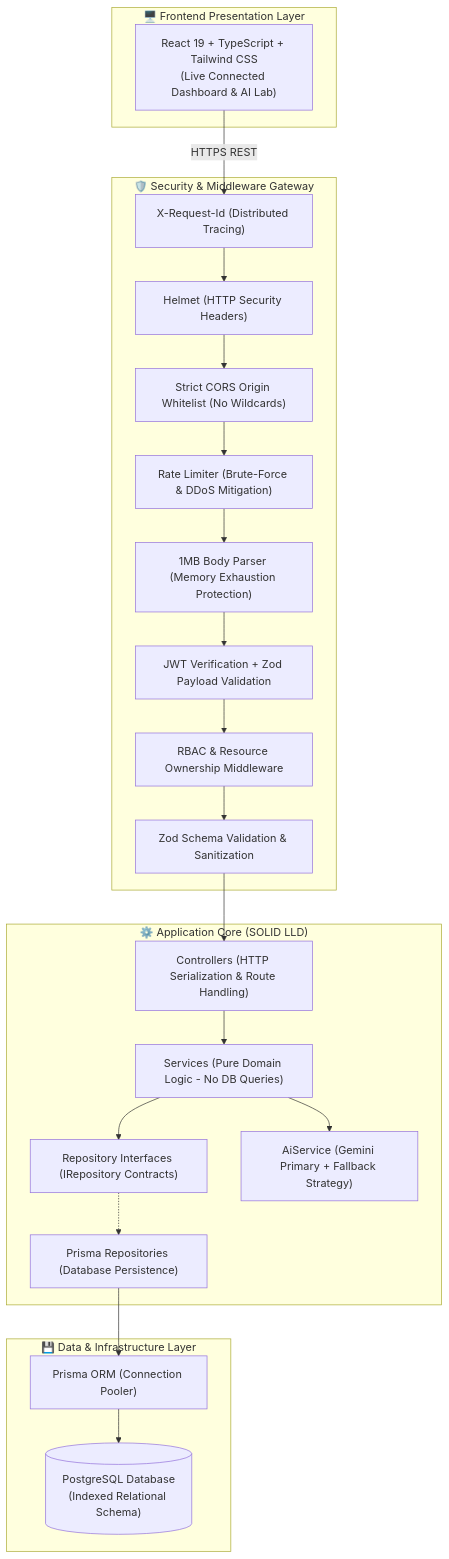
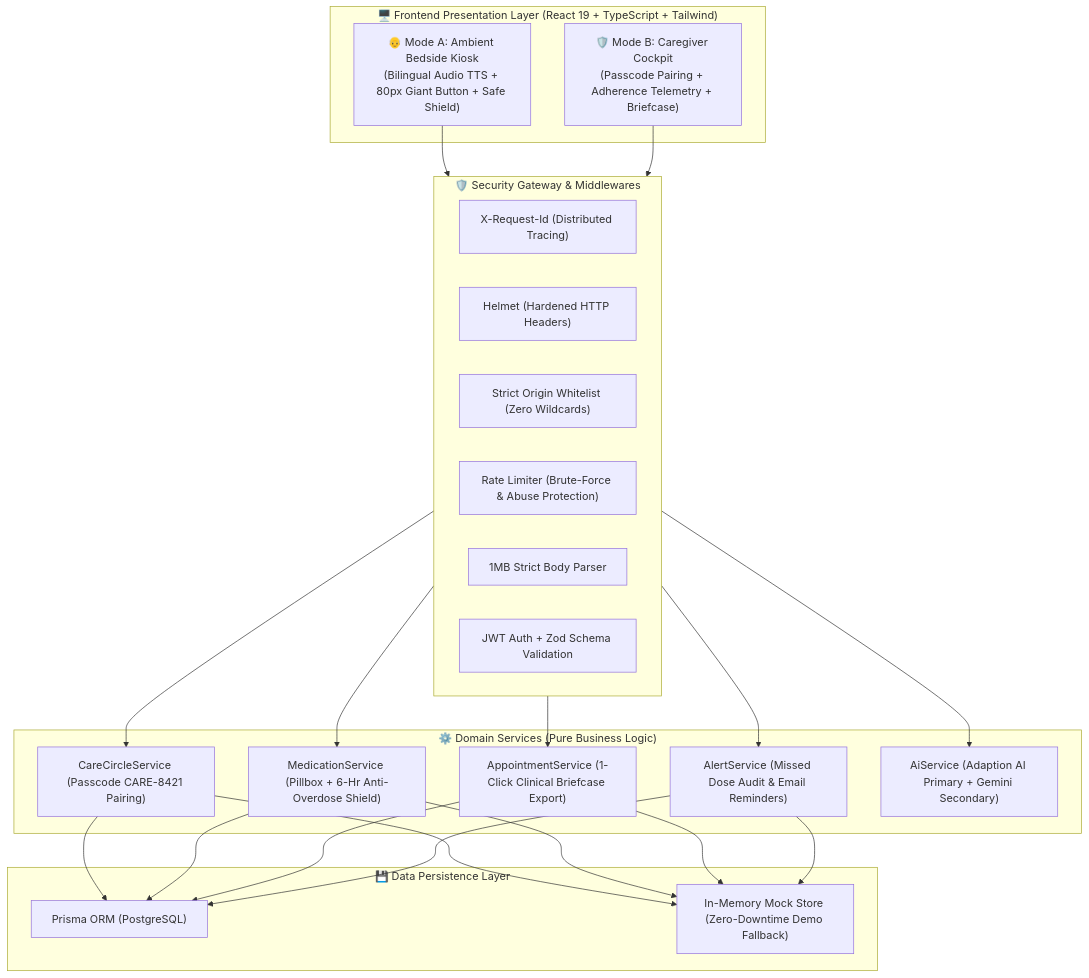
One commit to harshshivharedev/AayuCare changed the diagram in README.md. Above: the diagram before and after it, drawn with Mermaid. The commit also changed other lines of this file and 58 other files, not shown here.

Commit message:
feat: complete AayuCare foundational core, dual-mode UI, anti-overdose shield, and 21 passing tests

````diff
--- a/README.md
+++ b/README.md
@@ -34,39 +39,34 @@
 ```mermaid
 flowchart TD
-    subgraph ClientLayer["🖥️ Frontend Presentation Layer"]
-        Client["React 19 + TypeScript + Tailwind CSS\n(Live Connected Dashboard & AI Lab)"]
+    subgraph ClientLayer["🖥️ Frontend Presentation Layer (React 19 + TypeScript + Tailwind)"]
+        Kiosk["👴 Mode A: Ambient Bedside Kiosk\n(Bilingual Audio TTS + 80px Giant Button + Safe Shield)"]
+        Cockpit["🛡️ Mode B: Caregiver Cockpit\n(Passcode Pairing + Adherence Telemetry + Briefcase)"]
     end
 
-    subgraph SecurityGateway["🛡️ Security & Middleware Gateway"]
+    subgraph SecurityGateway["🛡️ Security Gateway & Middlewares"]
         ReqId["X-Request-Id (Distributed Tracing)"]
-        Helmet["Helmet (HTTP Security Headers)"]
-        CORS["Strict CORS Origin Whitelist (No Wildcards)"]
-        RateLimit["Rate Limiter (Brute-Force & DDoS Mitigation)"]
-        BodyLimit["1MB Body Parser (Memory Exhaustion Protection)"]
-        AuthMiddleware["JWT Verification + Zod Payload Validation"]
-        RoleOwnership["RBAC & Resource Ownership Middleware"]
-        ZodValidator["Zod Schema Validation & Sanitization"]
+        Helmet["Helmet (Hardened HTTP Headers)"]
+        CORS["Strict Origin Whitelist (Zero Wildcards)"]
+        RateLimit["Rate Limiter (Brute-Force & Abuse Protection)"]
+        BodyLimit["1MB Strict Body Parser"]
+        JWT["JWT Auth + Zod Schema Validation"]
     end
 
-    subgraph BackendCore["⚙️ Application Core (SOLID LLD)"]
-        Controller["Controllers (HTTP Serialization & Route Handling)"]
-        Service["Services (Pure Domain Logic - No DB Queries)"]
-        RepoContract["Repository Interfaces (IRepository Contracts)"]
-        PrismaRepo["Prisma Repositories (Database Persistence)"]
-        AiEngine["AiService (Gemini Primary + Fallback Strategy)"]
+    subgraph ServiceLayer["⚙️ Domain Services (Pure Business Logic)"]
+        CareCircleSvc["CareCircleService (Passcode CARE-8421 Pairing)"]
+        MedSvc["MedicationService (Pillbox + 6-Hr Anti-Overdose Shield)"]
+        ApptSvc["AppointmentService (1-Click Clinical Briefcase Export)"]
+        AlertSvc["AlertService (Missed Dose Audit & Email Reminders)"]
+        AiEngine["AiService (Adaption AI Primary + Gemini Secondary)"]
     end
 
-    subgraph PersistenceLayer["💾 Data & Infrastructure Layer"]
-        PrismaClient["Prisma ORM (Connection Pooler)"]
-        PostgresDB[("PostgreSQL Database\n(Indexed Relational Schema)")]
+    subgraph PersistenceLayer["💾 Data Persistence Layer"]
+        Prisma["Prisma ORM (PostgreSQL)"]
+        InMemory["In-Memory Mock Store (Zero-Downtime Demo Fallback)"]
     end
 
-    Client -->|HTTPS REST| ReqId
-    ReqId --> Helmet --> CORS --> RateLimit --> BodyLimit --> AuthMiddleware --> RoleOwnership --> ZodValidator
-    ZodValidator --> Controller
-    Controller --> Service
-    Service --> RepoContract
-    Service --> AiEngine
-    RepoContract -.-> PrismaRepo
-    PrismaRepo --> PrismaClient --> PostgresDB
+    Kiosk --> SecurityGateway
+    Cockpit --> SecurityGateway
+    SecurityGateway --> CareCircleSvc & MedSvc & ApptSvc & AlertSvc & AiEngine
+    CareCircleSvc & MedSvc & ApptSvc & AlertSvc --> Prisma & InMemory
 ```
````
